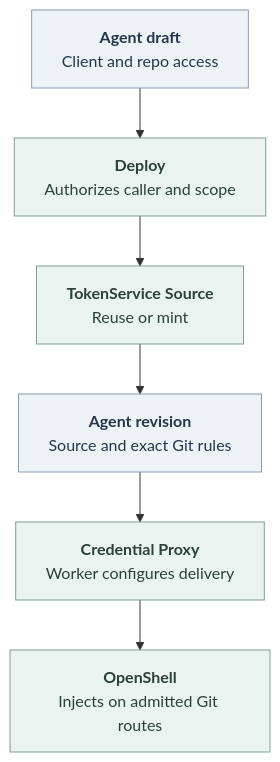
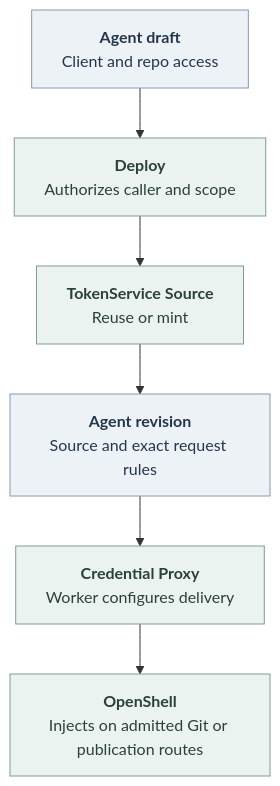
The first of 2 diagrams in docs/flows/agent-repository-credentials.md (openclaw/openclaw-enterprise), drawn with Mermaid before and after one commit. The commit also changed other lines of this file and 14 other files, not shown here.

Commit message:
Restore scoped GitHub pull request publication for shared Sources

````diff
--- a/docs/flows/agent-repository-credentials.md
+++ b/docs/flows/agent-repository-credentials.md
@@ -27,17 +27,17 @@
 ```mermaid
 ---
 config:
   htmlLabels: true
 ---
 flowchart TB
   Draft["<b>Agent draft</b><br/>Client and repo access"] --> Deploy["<b>Deploy</b><br/>Authorizes caller and scope"]
   Deploy --> Source["<b>TokenService Source</b><br/>Reuse or mint"]
-  Source --> Revision["<b>Agent revision</b><br/>Source and exact Git rules"]
+  Source --> Revision["<b>Agent revision</b><br/>Source and exact request rules"]
   Revision --> Proxy["<b>Credential Proxy</b><br/>Worker configures delivery"]
-  Proxy --> Git["<b>OpenShell</b><br/>Injects on admitted Git routes"]
+  Proxy --> Git["<b>OpenShell</b><br/>Injects on admitted Git or publication routes"]
 
   classDef state fill:#EDF2F7,stroke:#879AB0,color:#25364A,stroke-width:1px
   classDef operation fill:#EBF3F0,stroke:#7F9D93,color:#2B4038,stroke-width:1px
   class Draft,Revision state
   class Deploy,Source,Proxy,Git operation
 ```
````
